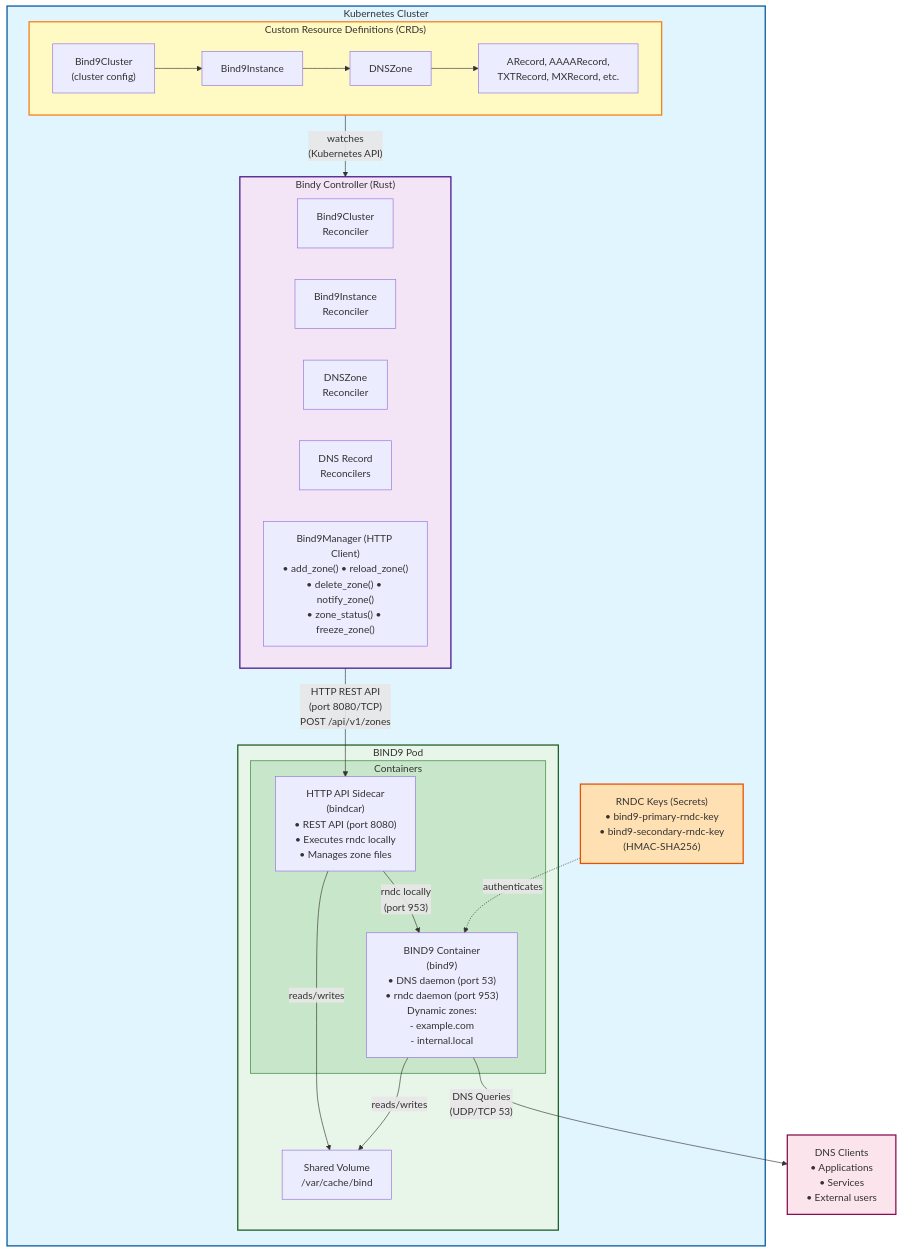
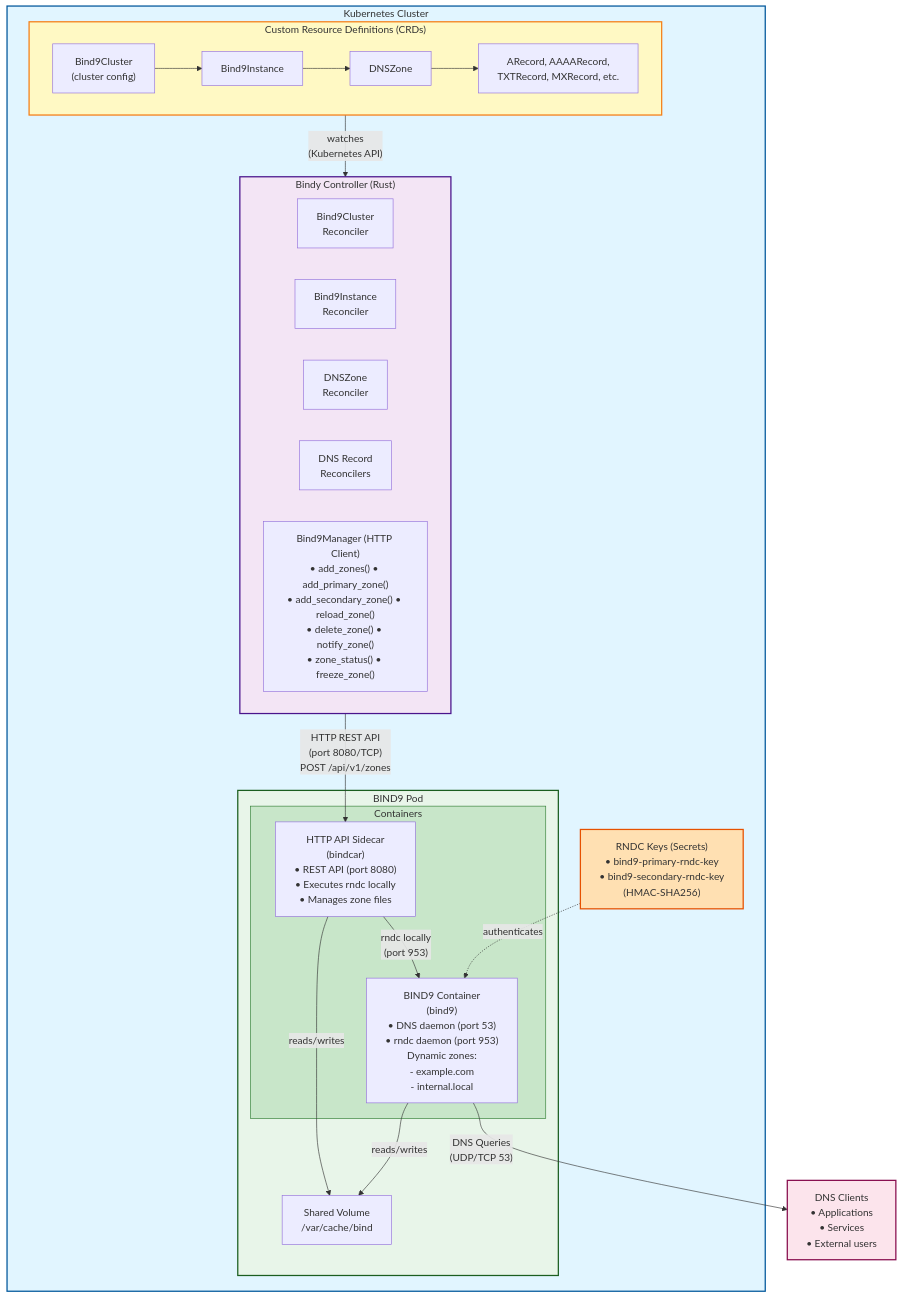
The diagram in docs/src/concepts/architecture-http-api.md (firestoned/bindy), drawn with Mermaid before and after one commit. The commit also changed other lines of this file and 59 other files, not shown here.

````diff
--- a/docs/src/concepts/architecture-http-api.md
+++ b/docs/src/concepts/architecture-http-api.md
@@ -7,51 +7,51 @@
 ```mermaid
 graph TB
     subgraph k8s["Kubernetes Cluster"]
         subgraph crds["Custom Resource Definitions (CRDs)"]
             cluster["Bind9Cluster<br/>(cluster config)"]
             instance["Bind9Instance"]
             zone["DNSZone"]
             records["ARecord, AAAARecord,<br/>TXTRecord, MXRecord, etc."]
 
             cluster --> instance
             instance --> zone
             zone --> records
         end
 
         subgraph controller["Bindy Controller (Rust)"]
             rec1["Bind9Cluster<br/>Reconciler"]
             rec2["Bind9Instance<br/>Reconciler"]
             rec3["DNSZone<br/>Reconciler"]
             rec4["DNS Record<br/>Reconcilers"]
-            manager["Bind9Manager (HTTP Client)<br/>• add_zone() • reload_zone()<br/>• delete_zone() • notify_zone()<br/>• zone_status() • freeze_zone()"]
+            manager["Bind9Manager (HTTP Client)<br/>• add_zones() • add_primary_zone()<br/>• add_secondary_zone() • reload_zone()<br/>• delete_zone() • notify_zone()<br/>• zone_status() • freeze_zone()"]
         end
 
         subgraph bind9pod["BIND9 Pod"]
             subgraph containers["Containers"]
                 bind9["BIND9 Container<br/>(bind9)<br/>• DNS daemon (port 53)<br/>• rndc daemon (port 953)<br/>Dynamic zones:<br/>- example.com<br/>- internal.local"]
                 api["HTTP API Sidecar<br/>(bindcar)<br/>• REST API (port 8080)<br/>• Executes rndc locally<br/>• Manages zone files"]
             end
             vol["Shared Volume<br/>/var/cache/bind"]
         end
 
         secrets["RNDC Keys (Secrets)<br/>• bind9-primary-rndc-key<br/>• bind9-secondary-rndc-key<br/>(HMAC-SHA256)"]
     end
 
     clients["DNS Clients<br/>• Applications<br/>• Services<br/>• External users"]
 
     crds -->|"watches<br/>(Kubernetes API)"| controller
     controller -->|"HTTP REST API<br/>(port 8080/TCP)<br/>POST /api/v1/zones"| api
     api -->|"rndc locally<br/>(port 953)"| bind9
     api -->|"reads/writes"| vol
     bind9 -->|"reads/writes"| vol
     bind9 -->|"DNS Queries<br/>(UDP/TCP 53)"| clients
     secrets -.->|"authenticates"| bind9
 
     style k8s fill:#e1f5ff,stroke:#01579b,stroke-width:2px
     style crds fill:#fff9c4,stroke:#f57f17,stroke-width:2px
     style controller fill:#f3e5f5,stroke:#4a148c,stroke-width:2px
     style bind9pod fill:#e8f5e9,stroke:#1b5e20,stroke-width:2px
     style containers fill:#c8e6c9,stroke:#2e7d32,stroke-width:1px
     style secrets fill:#ffe0b2,stroke:#e65100,stroke-width:2px
     style clients fill:#fce4ec,stroke:#880e4f,stroke-width:2px
 ```
````
